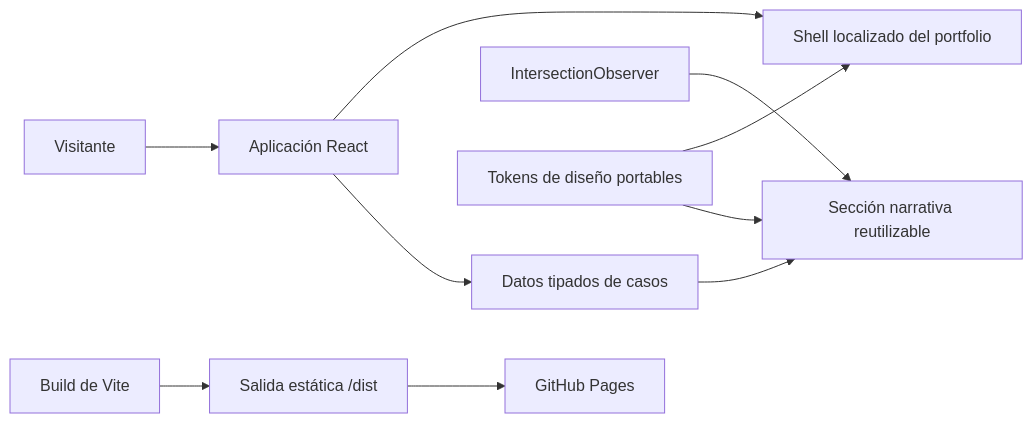
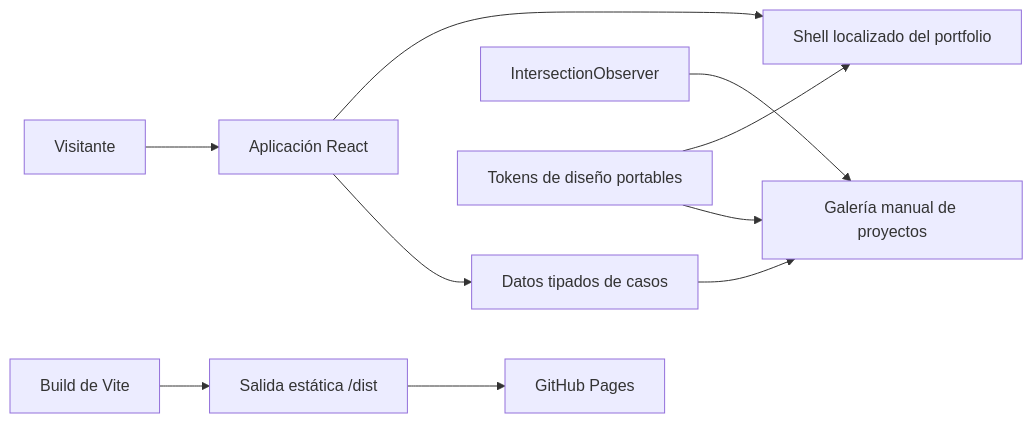
One commit to kevin0018/portfolio changed the diagram in README.es.md. Above: the diagram before and after it, drawn with Mermaid. The commit also changed other lines of this file and 10 other files, not shown here.

````diff
--- a/README.es.md
+++ b/README.es.md
@@ -37,12 +37,12 @@
 ```mermaid
 flowchart LR
   visitor["Visitante"] --> app["Aplicación React"]
   app --> shell["Shell localizado del portfolio"]
   app --> cases["Datos tipados de casos"]
-  cases --> story["Sección narrativa reutilizable"]
+  cases --> story["Galería manual de proyectos"]
   observer["IntersectionObserver"] --> story
   tokens["Tokens de diseño portables"] --> shell
   tokens --> story
   vite["Build de Vite"] --> dist["Salida estática /dist"]
   dist --> pages["GitHub Pages"]
 ```
````
